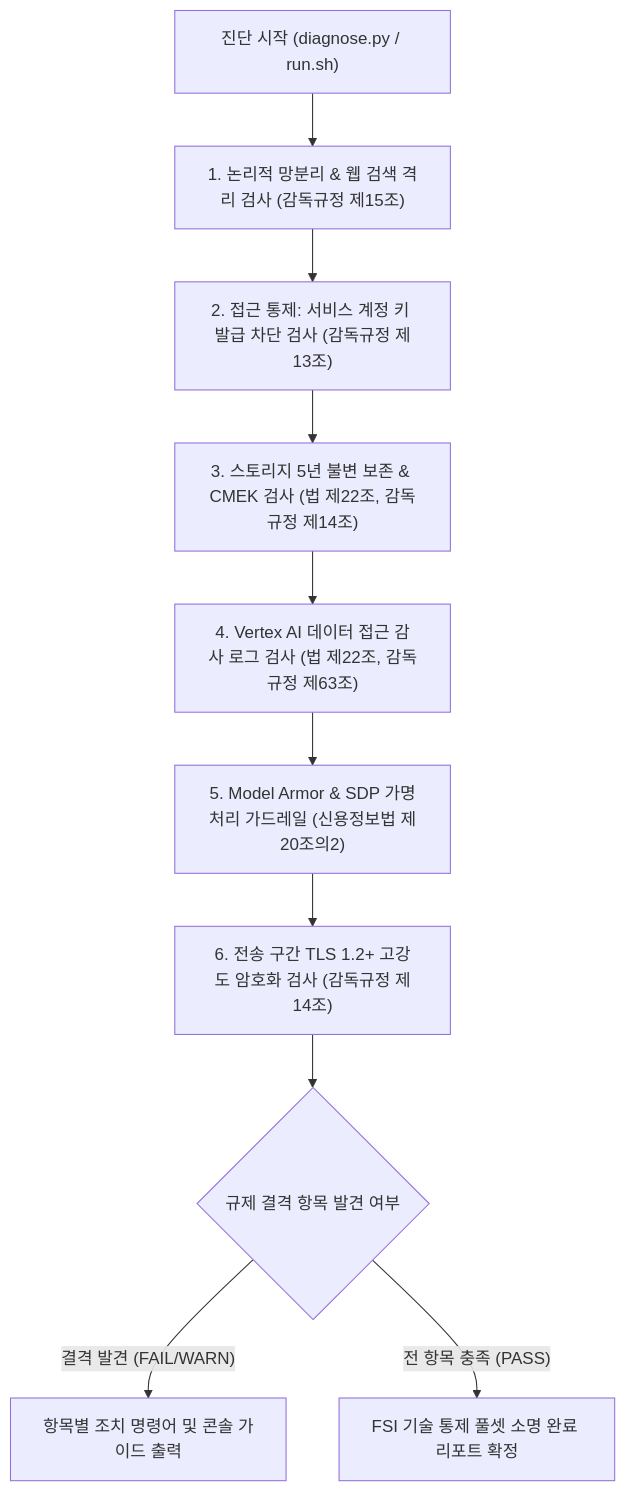
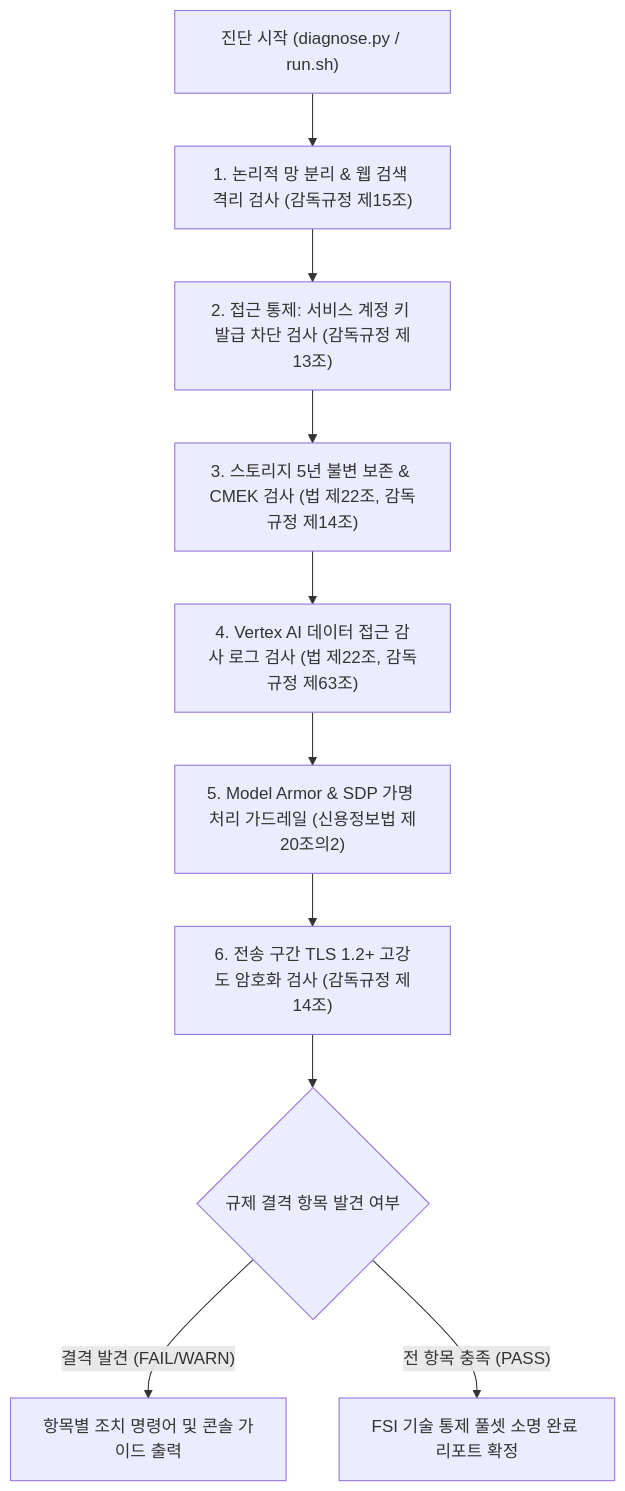
One commit to jiangjun-forge/google-cloud-0-to-1 changed the diagram in samples/korea-fsi-regulatory-perimeter-guard/README.md. Above: the diagram before and after it, drawn with Mermaid. The commit also changed other lines of this file and 13 other files, not shown here.

````diff
--- a/samples/korea-fsi-regulatory-perimeter-guard/README.md
+++ b/samples/korea-fsi-regulatory-perimeter-guard/README.md
@@ -47,12 +47,12 @@
 ```mermaid
 flowchart TD
-    A["진단 시작 (diagnose.py / run.sh)"] --> B["1. 논리적 망분리 & 웹 검색 격리 검사 (감독규정 제15조)"]
+    A["진단 시작 (diagnose.py / run.sh)"] --> B["1. 논리적 망 분리 & 웹 검색 격리 검사 (감독규정 제15조)"]
     B --> C["2. 접근 통제: 서비스 계정 키 발급 차단 검사 (감독규정 제13조)"]
     C --> D["3. 스토리지 5년 불변 보존 & CMEK 검사 (법 제22조, 감독규정 제14조)"]
     D --> E["4. Vertex AI 데이터 접근 감사 로그 검사 (법 제22조, 감독규정 제63조)"]
-    E --> F["5. Model Armor & SDP 가명처리 가드레일 (신용정보법 제20조의2)"]
+    E --> F["5. Model Armor & SDP 가명 처리 가드레일 (신용정보법 제20조의2)"]
     F --> G["6. 전송 구간 TLS 1.2+ 고강도 암호화 검사 (감독규정 제14조)"]
     G --> H{"규제 결격 항목 발견 여부"}
     H -- "결격 발견 (FAIL/WARN)" --> I["항목별 조치 명령어 및 콘솔 가이드 출력"]
     H -- "전 항목 충족 (PASS)" --> J["FSI 기술 통제 풀셋 소명 완료 리포트 확정"]
 ```
````
